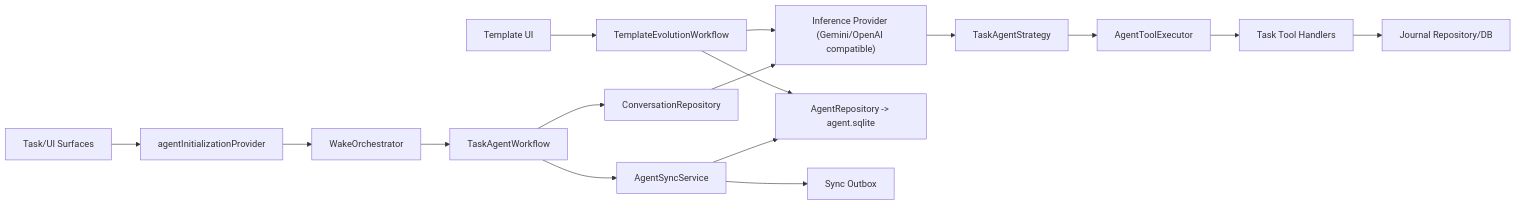
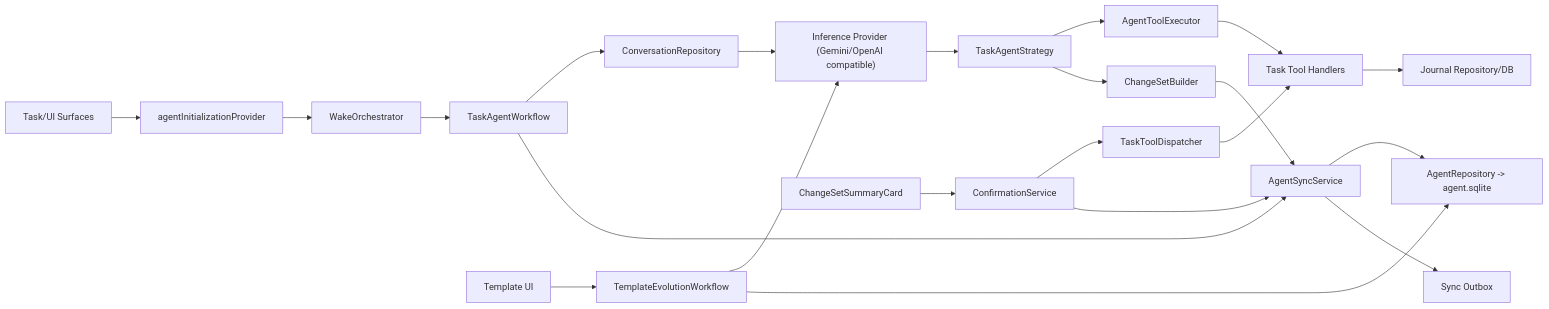
One commit to matthiasn/lotti changed the first of 7 diagrams in lib/features/agents/README.md. Above: the diagram before and after it, drawn with Mermaid. The commit also changed other lines of this file and 37 other files, not shown here.

````diff
--- a/lib/features/agents/README.md
+++ b/lib/features/agents/README.md
@@ -34,20 +34,28 @@
 ```mermaid
 flowchart LR
   UI["Task/UI Surfaces"] --> INIT["agentInitializationProvider"]
   INIT --> ORCH["WakeOrchestrator"]
   ORCH --> WF["TaskAgentWorkflow"]
   WF --> CONV["ConversationRepository"]
   CONV --> MODEL["Inference Provider (Gemini/OpenAI compatible)"]
   MODEL --> STRAT["TaskAgentStrategy"]
   STRAT --> EXEC["AgentToolExecutor"]
   EXEC --> TOOLS["Task Tool Handlers"]
   TOOLS --> JOURNAL["Journal Repository/DB"]
 
-  WF --> SYNC["AgentSyncService"]
+  STRAT --> CSB["ChangeSetBuilder"]
+  CSB --> SYNC["AgentSyncService"]
   SYNC --> AGENTDB["AgentRepository -> agent.sqlite"]
   SYNC --> OUTBOX["Sync Outbox"]
+
+  WF --> SYNC
+
+  CSUI["ChangeSetSummaryCard"] --> CSSVC["ConfirmationService"]
+  CSSVC --> DISP["TaskToolDispatcher"]
+  DISP --> TOOLS
+  CSSVC --> SYNC
 
   TEMPLATEUI["Template UI"] --> EVO["TemplateEvolutionWorkflow"]
   EVO --> MODEL
   EVO --> AGENTDB
 ```
````
